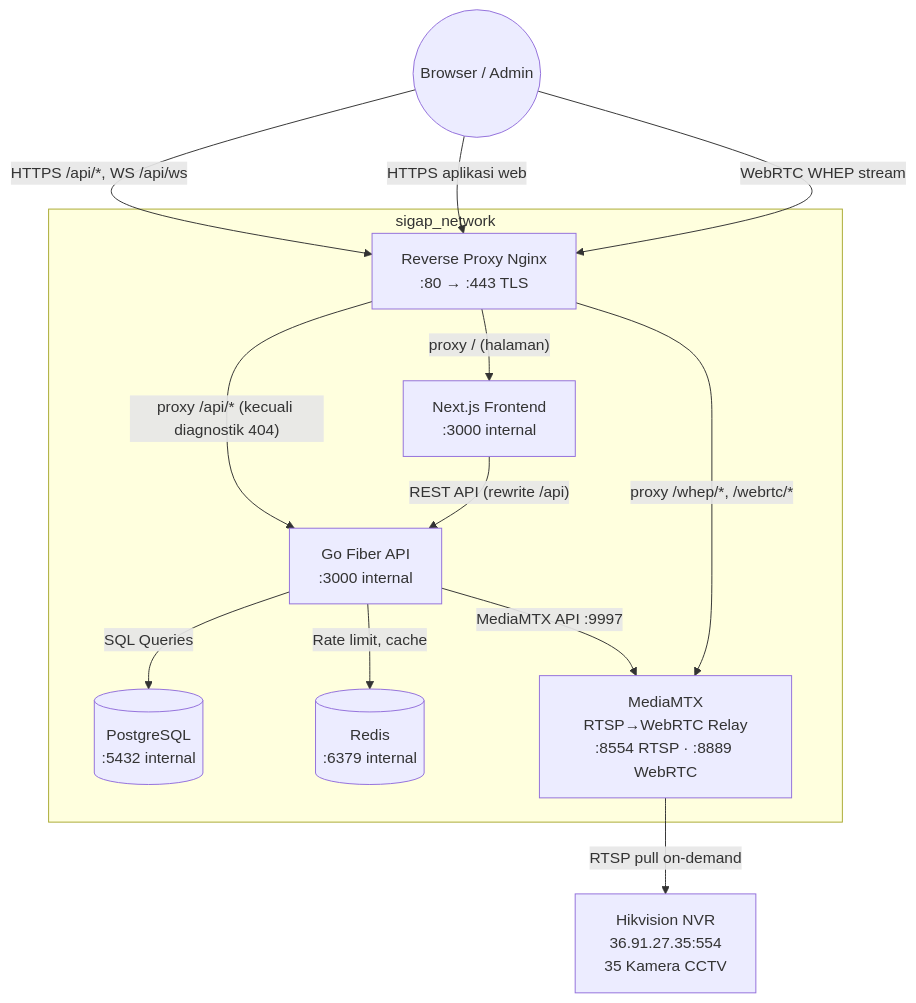
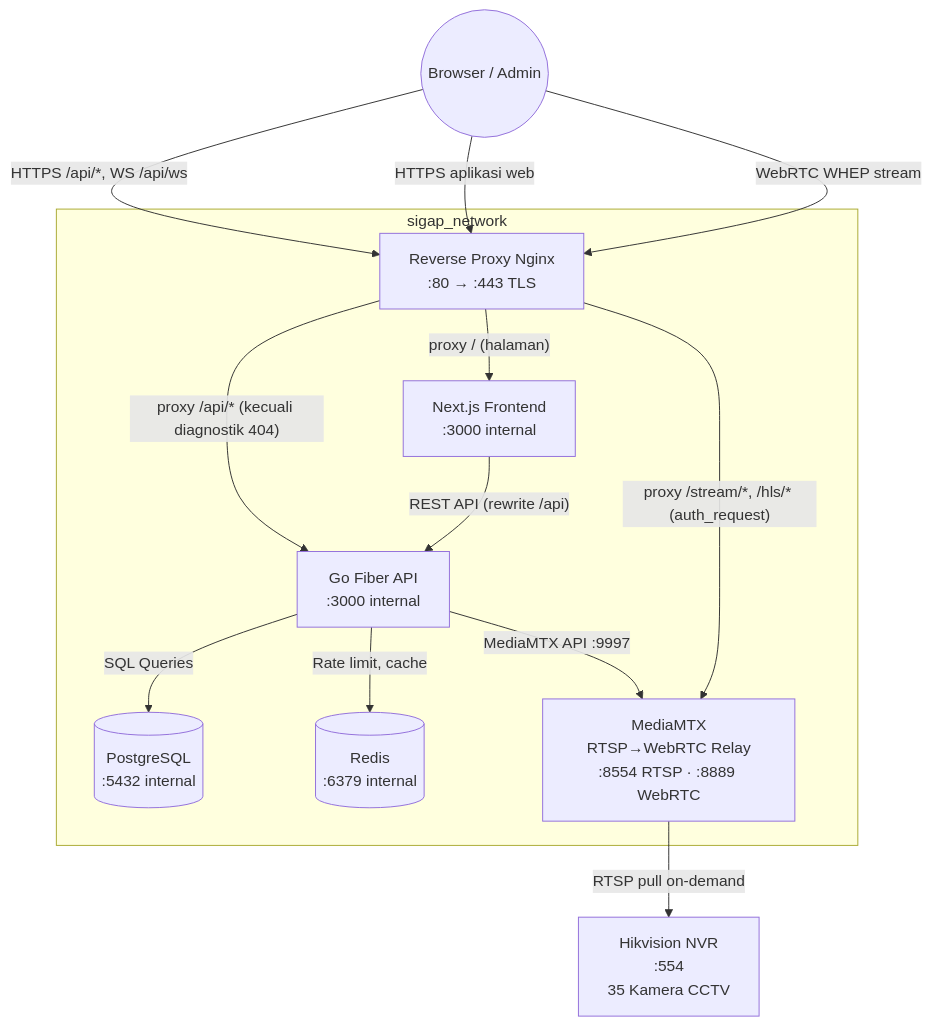
The first of 2 diagrams in README.md (notyourkise/SIGAP), drawn with Mermaid before and after one commit. The commit also changed other lines of this file and 35 other files, not shown here.

````diff
--- a/README.md
+++ b/README.md
@@ -84,32 +86,32 @@
 ```mermaid
 graph TD
     Browser((Browser / Admin))
     Nginx[Reverse Proxy Nginx\n:80 → :443 TLS]
     Frontend[Next.js Frontend\n:3000 internal]
     Backend[Go Fiber API\n:3000 internal]
     DB[(PostgreSQL\n:5432 internal)]
     Redis[(Redis\n:6379 internal)]
     MediaMTX[MediaMTX\nRTSP→WebRTC Relay\n:8554 RTSP · :8889 WebRTC]
-    NVR[Hikvision NVR\n36.91.27.35:554\n35 Kamera CCTV]
+    NVR[Hikvision NVR\n<NVR_IP>:554\n35 Kamera CCTV]
 
     Browser -- "HTTPS /api/*, WS /api/ws" --> Nginx
     Browser -- "HTTPS aplikasi web" --> Nginx
     Browser -- "WebRTC WHEP stream" --> Nginx
     Nginx -- "proxy /api/* (kecuali diagnostik 404)" --> Backend
     Nginx -- "proxy / (halaman)" --> Frontend
-    Nginx -- "proxy /whep/*, /webrtc/*" --> MediaMTX
+    Nginx -- "proxy /stream/*, /hls/* (auth_request)" --> MediaMTX
     Frontend -- "REST API (rewrite /api)" --> Backend
     Backend -- "SQL Queries" --> DB
     Backend -- "Rate limit, cache" --> Redis
     Backend -- "MediaMTX API :9997" --> MediaMTX
     MediaMTX -- "RTSP pull on-demand" --> NVR
 
     subgraph Docker Network [sigap_network]
         Nginx
         Frontend
         Backend
         DB
         Redis
         MediaMTX
     end
 ```
````
